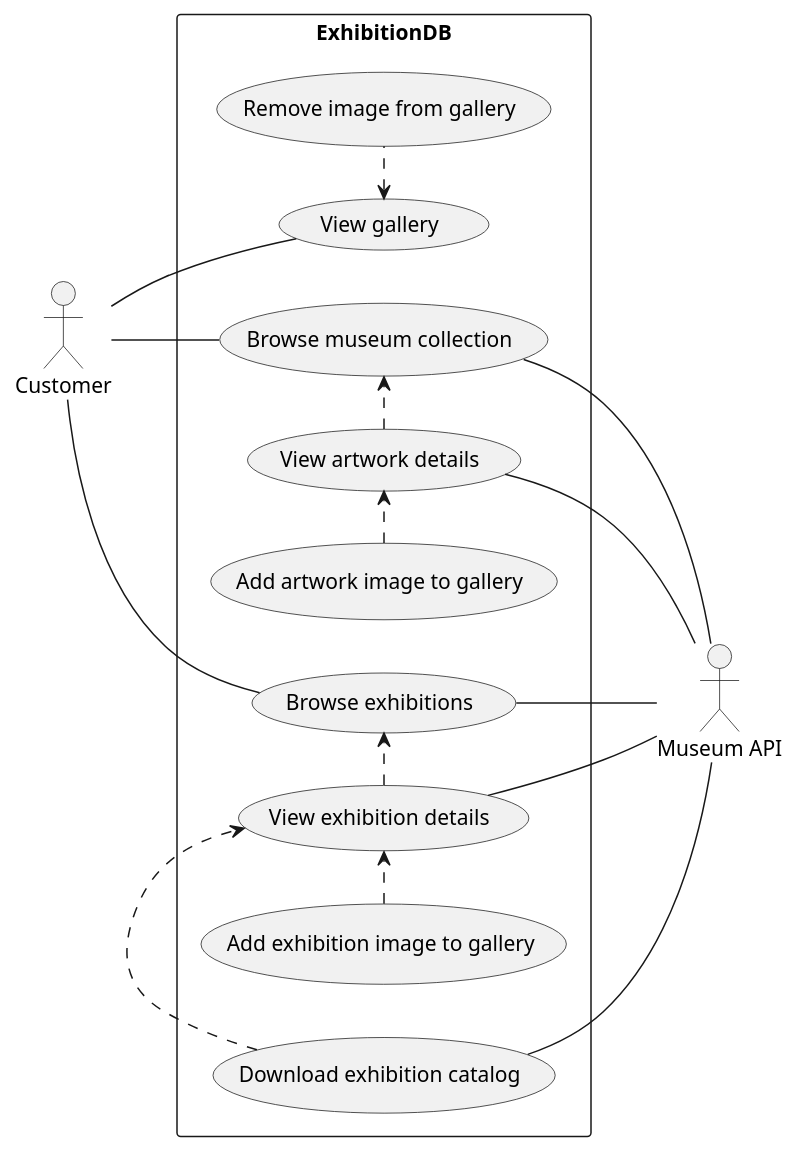
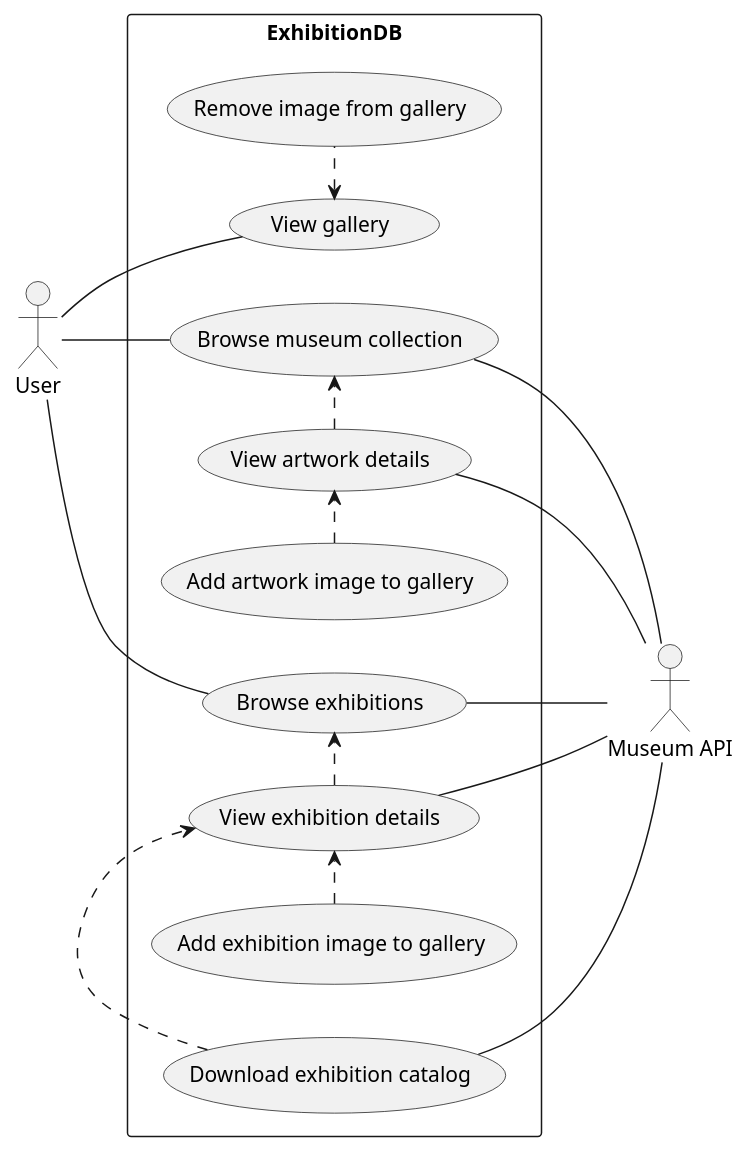
One commit to rednaw/exhibitionDB changed the diagram in doc/Gallery_usecase.iuml. Above: the diagram before and after it, drawn with PlantUML.

```diff
--- a/doc/Gallery_usecase.iuml
+++ b/doc/Gallery_usecase.iuml
@@ -1,22 +1,22 @@
 @startuml Gallery_usecase
 left to right direction
 skinparam packageStyle rectangle
-actor Customer
+actor User
 actor "Museum API" as museum
 rectangle "ExhibitionDB" {
-  Customer -- (View gallery)
+  User -- (View gallery)
   (View gallery) <. (Remove image from gallery)
-  Customer -- (Browse museum collection)
+  User -- (Browse museum collection)
   (View artwork details) .> (Browse museum collection)
   (View artwork details) -- museum
   (Add artwork image to gallery) .> (View artwork details)
   (Browse museum collection) -- museum
-  Customer -- (Browse exhibitions)
+  User -- (Browse exhibitions)
   (Browse exhibitions) -- museum
   (View exhibition details) .> (Browse exhibitions)
   (View exhibition details) -- museum
   (Add exhibition image to gallery) .> (View exhibition details)
   (Download exhibition catalog) .> (View exhibition details)
   (Download exhibition catalog) -- museum
 }
 @enduml
```
